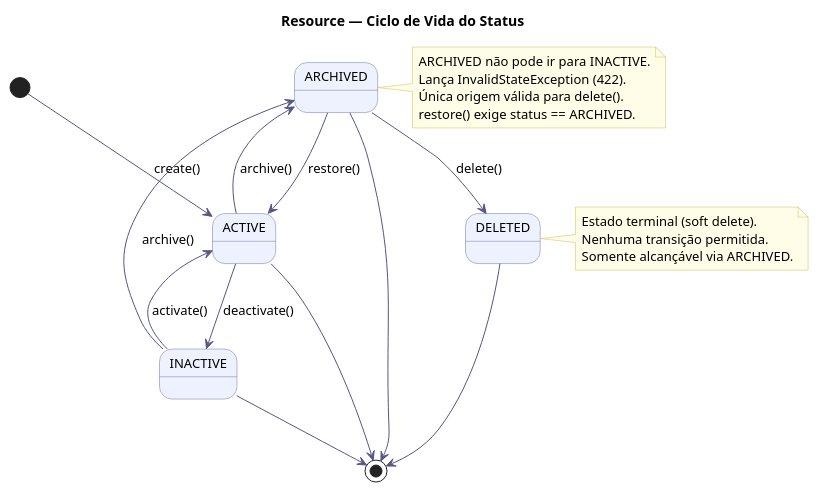
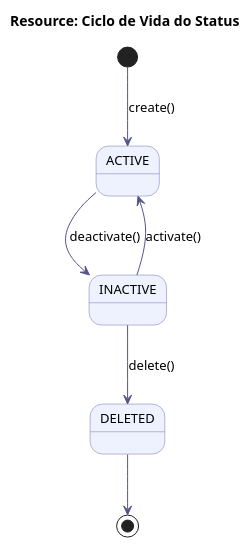
The diagram in src/plantuml/estado/resource_status.puml (Neoguara/rooms-diagrams), drawn with PlantUML before and after one commit. The commit also changed 7 other files, not shown here.

Commit message:
update diagrams

```diff
--- a/src/plantuml/estado/resource_status.puml
+++ b/src/plantuml/estado/resource_status.puml
@@ -1,43 +1,22 @@
 @startuml resource_status
 
-title Resource — Ciclo de Vida do Status
+title Resource: Ciclo de Vida do Status
 
 skinparam state {
   BackgroundColor #EEF2FF
   BorderColor #7070AA
   ArrowColor #555588
   FontSize 13
 }
 skinparam noteBackgroundColor #FFFDE7
 skinparam noteBorderColor #CCBB55
 
 [*] --> ACTIVE : create()
 
 ACTIVE   --> INACTIVE : deactivate()
-ACTIVE   --> ARCHIVED : archive()
-ACTIVE   --> [*]
-
 INACTIVE --> ACTIVE   : activate()
-INACTIVE --> ARCHIVED : archive()
-INACTIVE --> [*]
-
-ARCHIVED --> ACTIVE   : restore()
-ARCHIVED --> DELETED  : delete()
-ARCHIVED --> [*]
+INACTIVE --> DELETED  : delete()
 
 DELETED --> [*]
 
-note right of ARCHIVED
-  ARCHIVED não pode ir para INACTIVE.
-  Lança InvalidStateException (422).
-  Única origem válida para delete().
-  restore() exige status == ARCHIVED.
-end note
-
-note right of DELETED
-  Estado terminal (soft delete).
-  Nenhuma transição permitida.
-  Somente alcançável via ARCHIVED.
-end note
-
 @enduml
```
